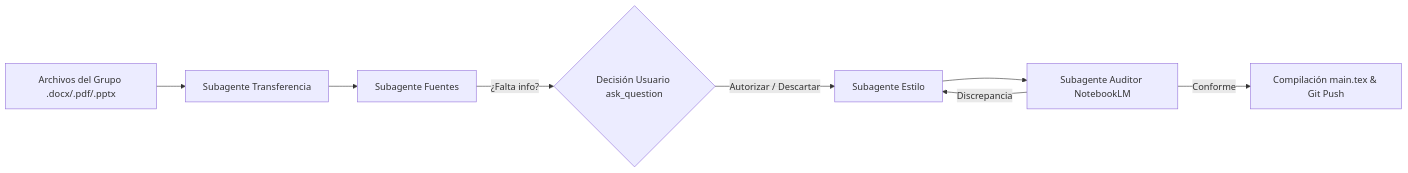
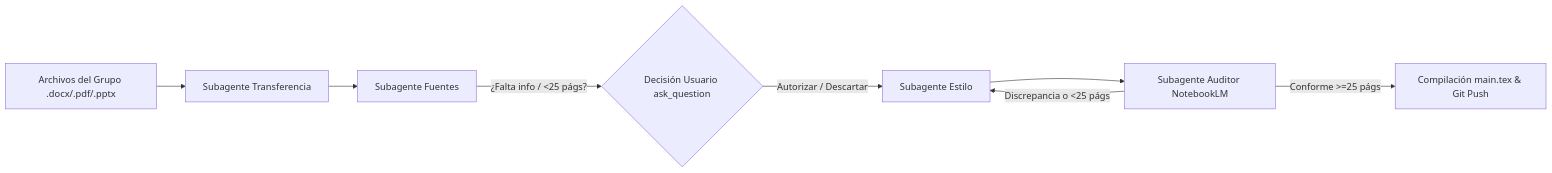
The second of 2 diagrams in AGENTS.md (gerardosky23/ia-aplicada-libro), drawn with Mermaid before and after one commit. The commit also changed other lines of this file and 1 other file, not shown here.

````diff
--- a/AGENTS.md
+++ b/AGENTS.md
@@ -158,10 +172,10 @@
 ```mermaid
 flowchart LR
     F[Archivos del Grupo .docx/.pdf/.pptx] --> ST[Subagente Transferencia]
     ST --> SF[Subagente Fuentes]
-    SF -- ¿Falta info? --> D{Decisión Usuario ask_question}
+    SF -- ¿Falta info / <25 págs? --> D{Decisión Usuario ask_question}
     D -- Autorizar / Descartar --> SE[Subagente Estilo]
     SE --> SA[Subagente Auditor NotebookLM]
-    SA -- Conforme --> M[Compilación main.tex & Git Push]
-    SA -- Discrepancia --> SE
+    SA -- Conforme >=25 págs --> M[Compilación main.tex & Git Push]
+    SA -- Discrepancia o <25 págs --> SE
 ```
````
